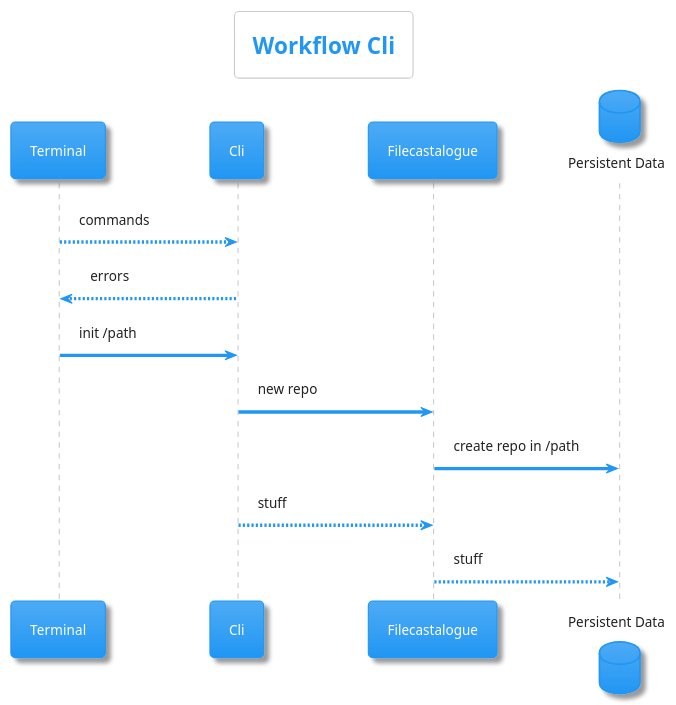
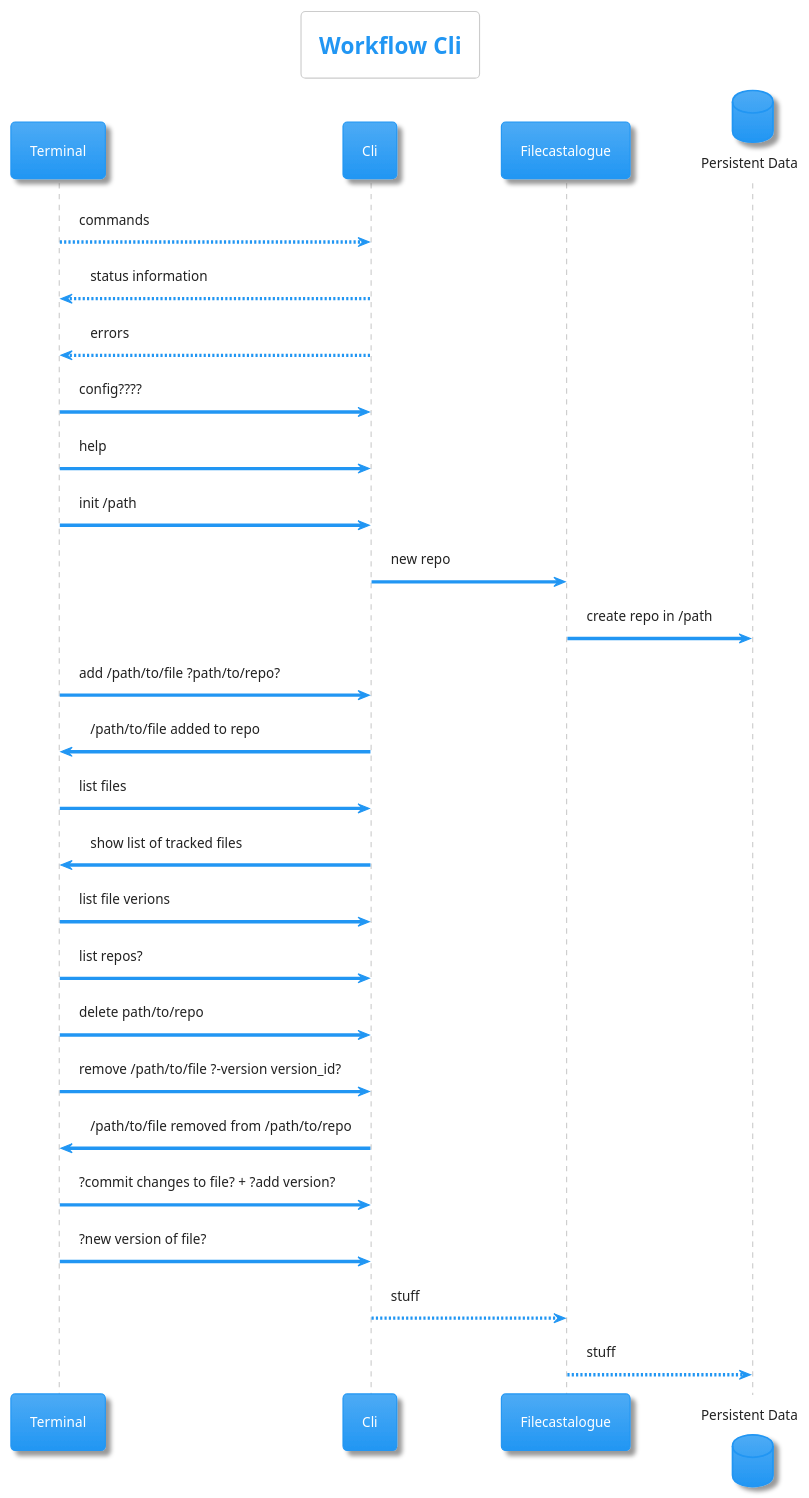
Before and after one commit to OpenFlowLabs/filecastalogue: the third of 7 diagrams in docs/diagrams/src/idea.pu, drawn with PlantUML. The commit also changed other lines of this file and 4 other files, not shown here.

Commit message:
:necktie: implemented the first basic cli-command, change diagrams

```diff
--- a/docs/diagrams/src/idea.pu
+++ b/docs/diagrams/src/idea.pu
@@ -35,22 +111,47 @@
-@startuml workflow Cli
+@startuml cli_workflow
 !theme materia
 
 title Workflow Cli
 
 participant Terminal as term
 participant Cli as cli
 participant Filecastalogue as fcl
 database "Persistent Data" as data
 
 term --> cli: commands
+cli --> term: status information
 cli --> term: errors
+
+term -> cli: config????
+
+term -> cli: help
+
 term -> cli: init /path
 cli -> fcl: new repo
 fcl -> data: create repo in /path
+
+term -> cli: add /path/to/file ?path/to/repo?
+cli -> term: /path/to/file added to repo
+
+term -> cli: list files
+cli -> term: show list of tracked files
+
+term -> cli: list file verions
+
+term -> cli: list repos?
+
+term -> cli: delete path/to/repo
+
+term -> cli: remove /path/to/file ?-version version_id?
+cli -> term: /path/to/file removed from /path/to/repo
+
+term -> cli: ?commit changes to file? + ?add version?
+
+term -> cli: ?new version of file?
 
 cli --> fcl: stuff
 
 fcl --> data: stuff
 
 
 @enduml
```
